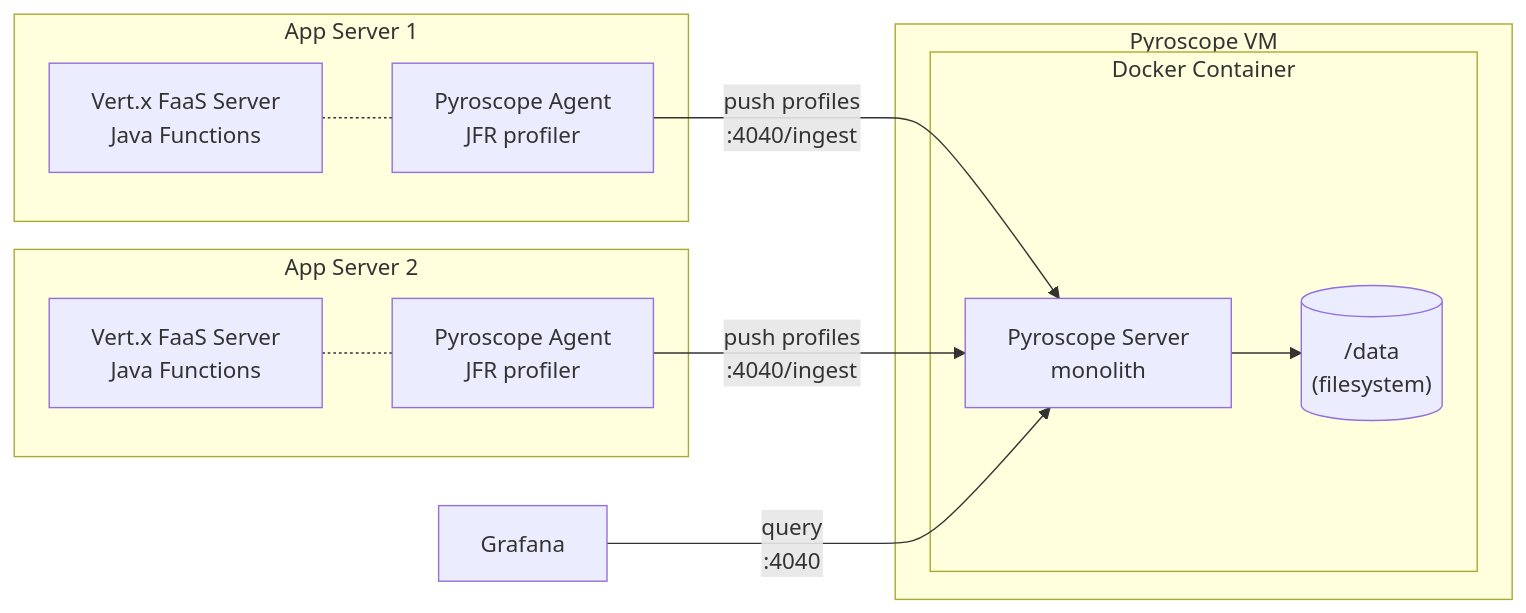
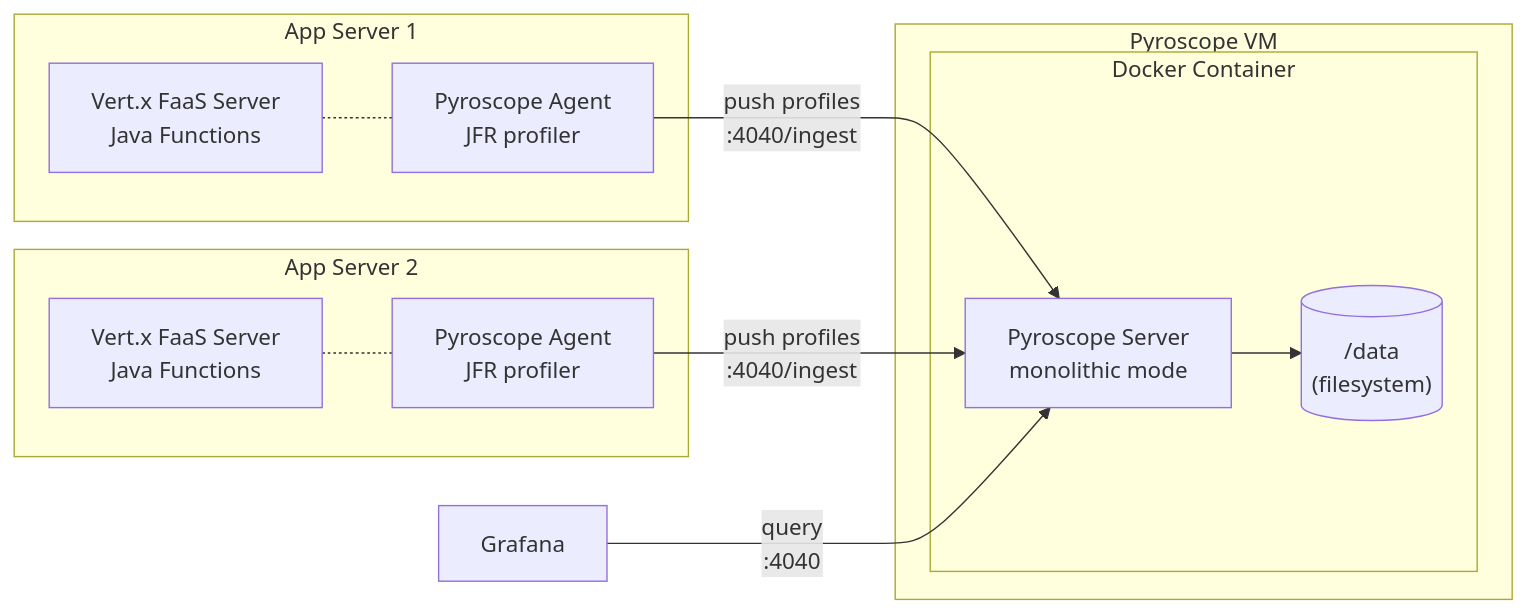
Before and after one commit to aff0gat000/pyroscope: the diagram in deploy/monolithic/README.md, drawn with Mermaid. The commit also changed other lines of this file and 4 other files, not shown here.

````diff
--- a/deploy/monolithic/README.md
+++ b/deploy/monolithic/README.md
@@ -7,26 +7,26 @@
 ```mermaid
 graph LR
     subgraph Pyroscope VM
         subgraph Docker Container
-            P[Pyroscope Server<br/>monolith]
+            P[Pyroscope Server<br/>monolithic mode]
             FS[("/data<br/>(filesystem)")]
             P --> FS
         end
     end
 
     subgraph App Server 1
         V1[Vert.x FaaS Server<br/>Java Functions]
         A1[Pyroscope Agent<br/>JFR profiler]
         V1 -.- A1
     end
 
     subgraph App Server 2
         V2[Vert.x FaaS Server<br/>Java Functions]
         A2[Pyroscope Agent<br/>JFR profiler]
         V2 -.- A2
     end
 
     A1 -->|push profiles<br/>:4040/ingest| P
     A2 -->|push profiles<br/>:4040/ingest| P
     G[Grafana] -->|query<br/>:4040| P
 ```
````
